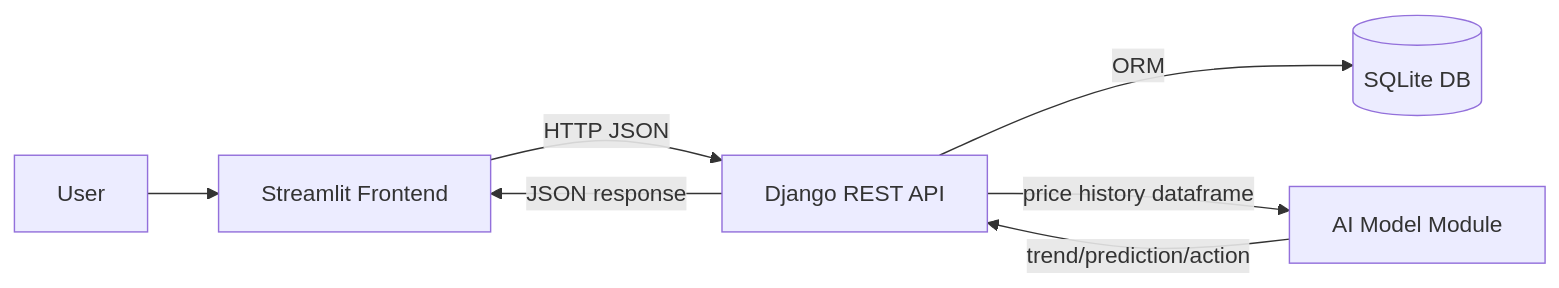
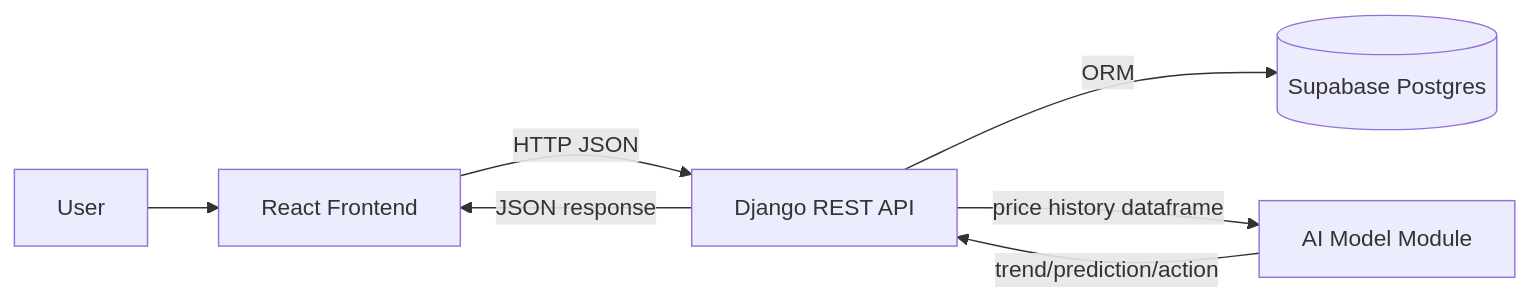
One commit to Dagim-Tadesse/PriceGuard-AI changed the diagram in docs/architecture.md. Above: the diagram before and after it, drawn with Mermaid. The commit also changed other lines of this file and 39 other files, not shown here.

First line of the commit message:
Refactor backend to integrate Supabase Postgres, enhance user management, and improve API documentation

````diff
--- a/docs/architecture.md
+++ b/docs/architecture.md
@@ -7,9 +7,9 @@
 ```mermaid
 flowchart LR
-    U[User] --> F[Streamlit Frontend]
+    U[User] --> F[React Frontend]
     F -->|HTTP JSON| B[Django REST API]
-    B -->|ORM| D[(SQLite DB)]
+    B -->|ORM| D[(Supabase Postgres)]
     B -->|price history dataframe| A[AI Model Module]
     A -->|trend/prediction/action| B
     B -->|JSON response| F
 ```
````
